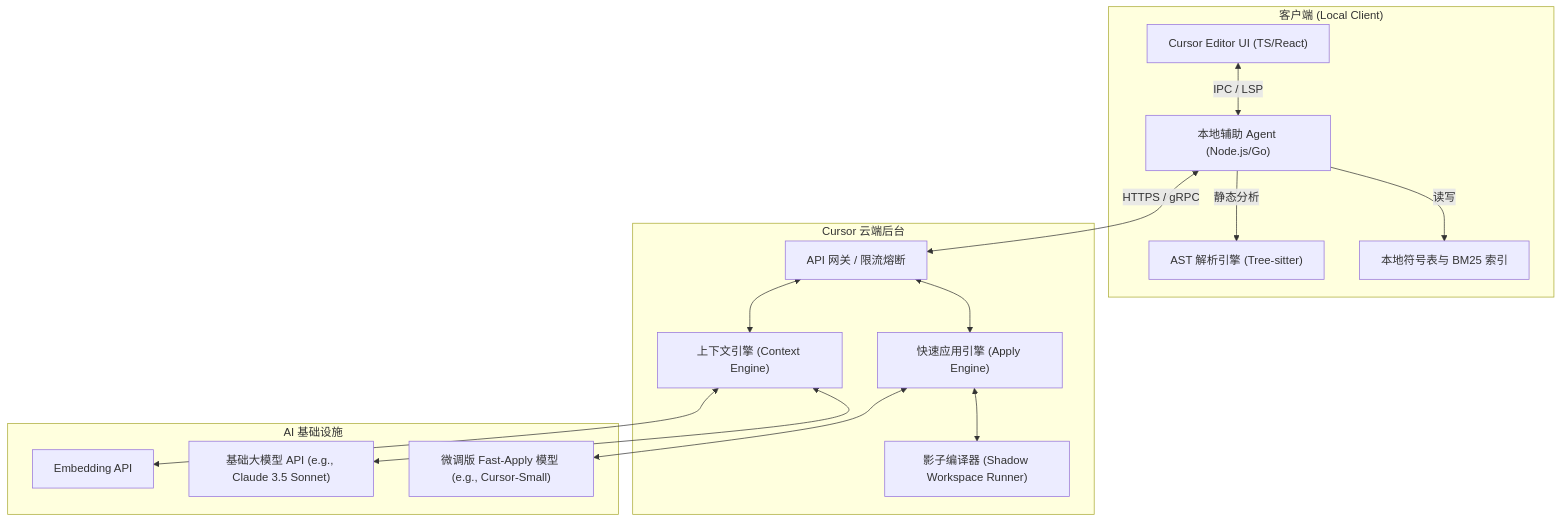
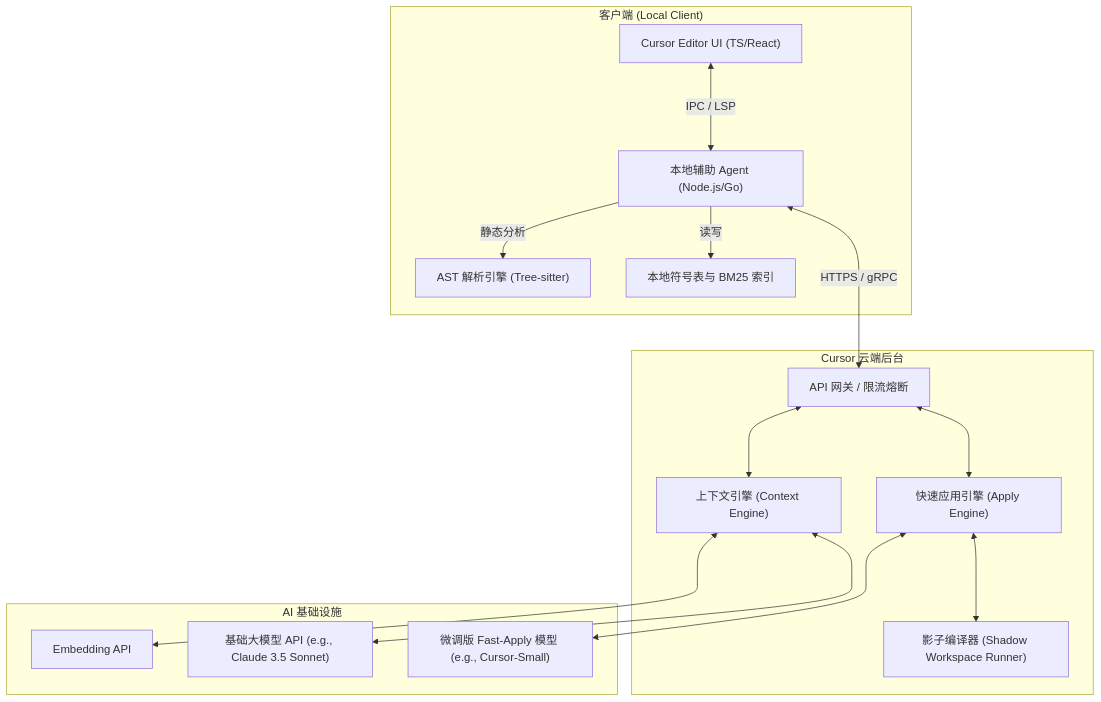
Before and after one commit to koosai/AI-Architect-Learning: the third of 6 diagrams in docs/atlas/cursor.mdx, drawn with Mermaid. The commit also changed 68 other files, not shown here.

Commit message:
fix(atlas): fix browser client-side Mermaid rendering for mindmaps and flowcharts across 67 case studies

````diff
--- a/docs/atlas/cursor.mdx
+++ b/docs/atlas/cursor.mdx
@@ -104,33 +104,33 @@
 ```mermaid
 graph TB
   subgraph LocalClient["客户端 (Local Client)"]
     IDE["Cursor Editor UI (TS/React)"]
     LocalAgent["本地辅助 Agent (Node.js/Go)"]
     Parser["AST 解析引擎 (Tree-sitter)"]
     LocalIndex["本地符号表与 BM25 索引"]
   end
 
   subgraph CloudBackend["Cursor 云端后台"]
     Gateway["API 网关 / 限流熔断"]
     ContextEngine["上下文引擎 (Context Engine)"]
     ApplyEngine["快速应用引擎 (Apply Engine)"]
     ShadowRunner["影子编译器 (Shadow Workspace Runner)"]
   end
 
   subgraph AIProviders["AI 基础设施"]
     Embed["Embedding API"]
     BaseLLM["基础大模型 API (e.g., Claude 3.5 Sonnet)"]
     ApplyLLM["微调版 Fast-Apply 模型 (e.g., Cursor-Small)"]
   end
 
-  IDE <-->|IPC / LSP| LocalAgent
+  IDE <--->|IPC / LSP| LocalAgent
   LocalAgent -->|静态分析| Parser
   LocalAgent -->|读写| LocalIndex
-  LocalAgent <-->|HTTPS / gRPC| Gateway
-  Gateway <--> ContextEngine
-  Gateway <--> ApplyEngine
-  ApplyEngine <--> ShadowRunner
-  ContextEngine <--> Embed
-  ContextEngine <--> BaseLLM
-  ApplyEngine <--> ApplyLLM
+  LocalAgent <--->|HTTPS / gRPC| Gateway
+  Gateway <---> ContextEngine
+  Gateway <---> ApplyEngine
+  ApplyEngine <---> ShadowRunner
+  ContextEngine <---> Embed
+  ContextEngine <---> BaseLLM
+  ApplyEngine <---> ApplyLLM
 ```
````
